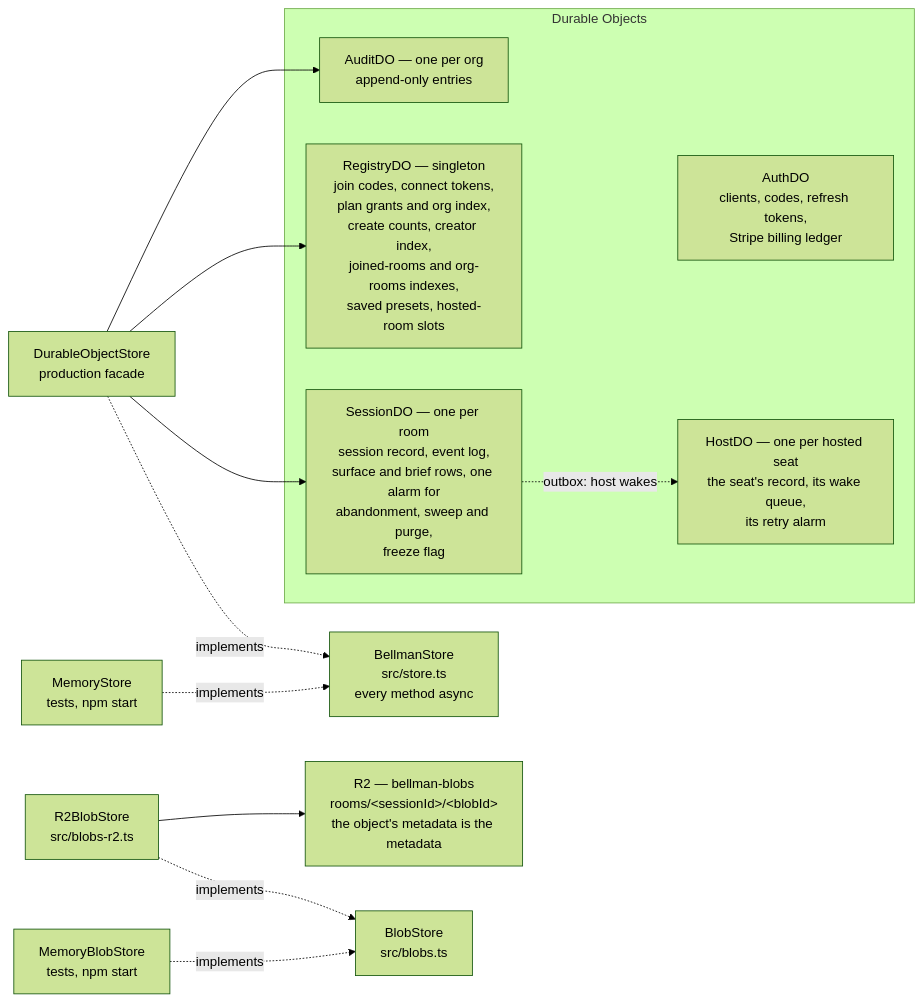
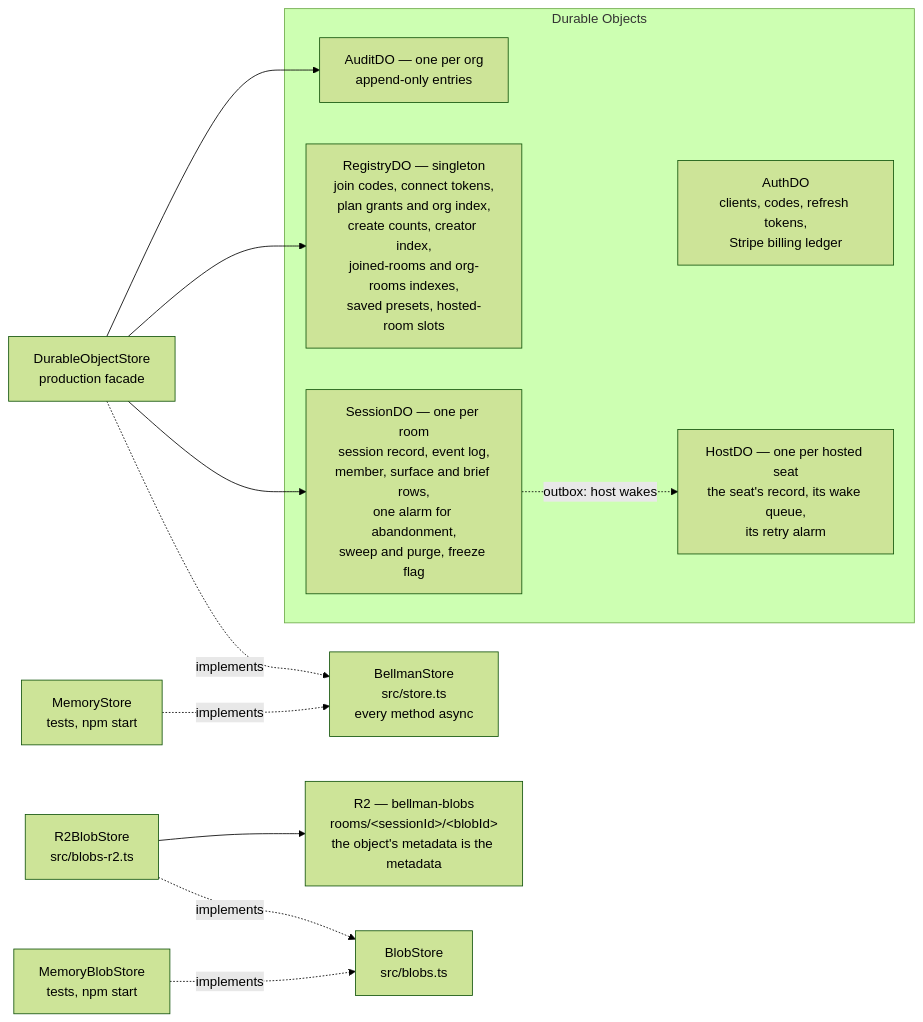
Before and after one commit to bellman-sh/bellman: the fourth of 7 diagrams in docs/ARCHITECTURE.md, drawn with Mermaid (forest theme). The commit also changed other lines of this file and 3 other files, not shown here.

First line of the commit message:
ADR 0019: members in rows of their own, and a room seats 5,000

````diff
--- a/docs/ARCHITECTURE.md
+++ b/docs/ARCHITECTURE.md
@@ -438,26 +438,26 @@
 ```mermaid
 flowchart LR
     BS["BellmanStore<br/>src/store.ts<br/>every method async"]
     MEM["MemoryStore<br/>tests, npm start"] -.implements.-> BS
     DOS["DurableObjectStore<br/>production facade"] -.implements.-> BS
 
     DOS --> SDO
     DOS --> RDO
     DOS --> ADO
 
     subgraph objects["Durable Objects"]
-        SDO["SessionDO — one per room<br/>session record, event log,<br/>surface and brief rows, one alarm for<br/>abandonment, sweep and purge,<br/>freeze flag"]
+        SDO["SessionDO — one per room<br/>session record, event log,<br/>member, surface and brief rows,<br/>one alarm for abandonment,<br/>sweep and purge, freeze flag"]
         RDO["RegistryDO — singleton<br/>join codes, connect tokens,<br/>plan grants and org index,<br/>create counts, creator index,<br/>joined-rooms and org-rooms indexes,<br/>saved presets, hosted-room slots"]
         ADO["AuditDO — one per org<br/>append-only entries"]
         AUTH["AuthDO<br/>clients, codes, refresh tokens,<br/>Stripe billing ledger"]
         HDO["HostDO — one per hosted seat<br/>the seat's record, its wake queue,<br/>its retry alarm"]
     end
 
     SDO -.->|"outbox: host wakes"| HDO
 
     BLOB["BlobStore<br/>src/blobs.ts"]
     R2["R2 — bellman-blobs<br/>rooms/&lt;sessionId&gt;/&lt;blobId&gt;<br/>the object's metadata is the metadata"]
     MEMB["MemoryBlobStore<br/>tests, npm start"] -.implements.-> BLOB
     R2S["R2BlobStore<br/>src/blobs-r2.ts"] -.implements.-> BLOB
     R2S --> R2
 ```
````
